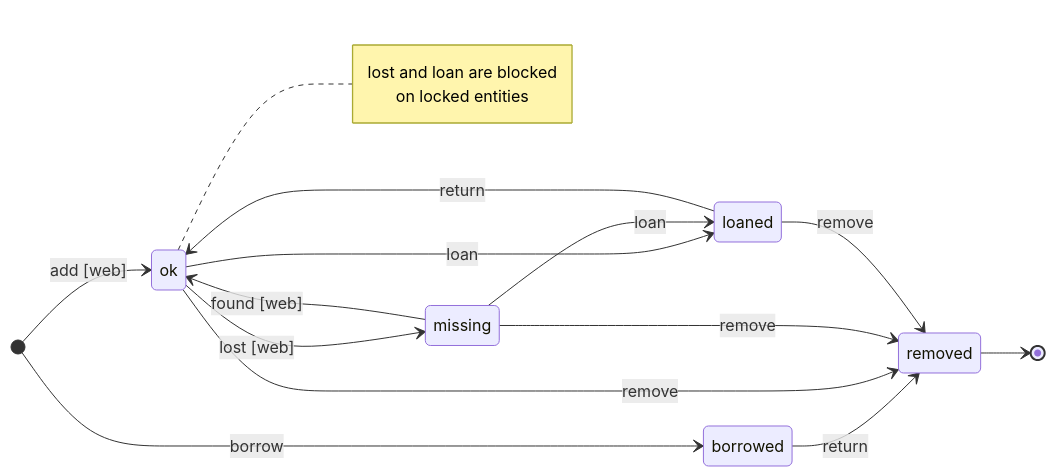
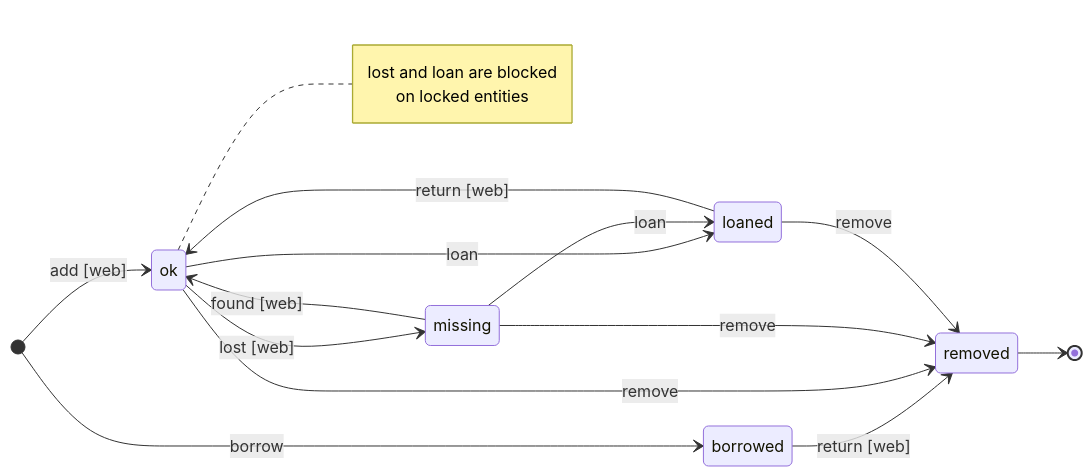
Before and after one commit to asphaltbuffet/wherehouse: the diagram in README.md, drawn with Mermaid. The commit also changed other lines of this file and 10 other files, not shown here.

Commit message:
feat(web): add Return action for borrowed and loaned entities

````diff
--- a/README.md
+++ b/README.md
@@ -280,21 +280,21 @@
 ```mermaid
 stateDiagram-v2
     direction LR
     [*] --> ok: add [web]
     [*] --> borrowed: borrow
     ok --> missing: lost [web]
     missing --> ok: found [web]
     ok --> loaned: loan
     missing --> loaned: loan
-    loaned --> ok: return
-    borrowed --> removed: return
+    loaned --> ok: return [web]
+    borrowed --> removed: return [web]
     ok --> removed: remove
     missing --> removed: remove
     loaned --> removed: remove
     removed --> [*]
 
     note right of ok
         lost and loan are blocked
         on locked entities
     end note
 ```
````
